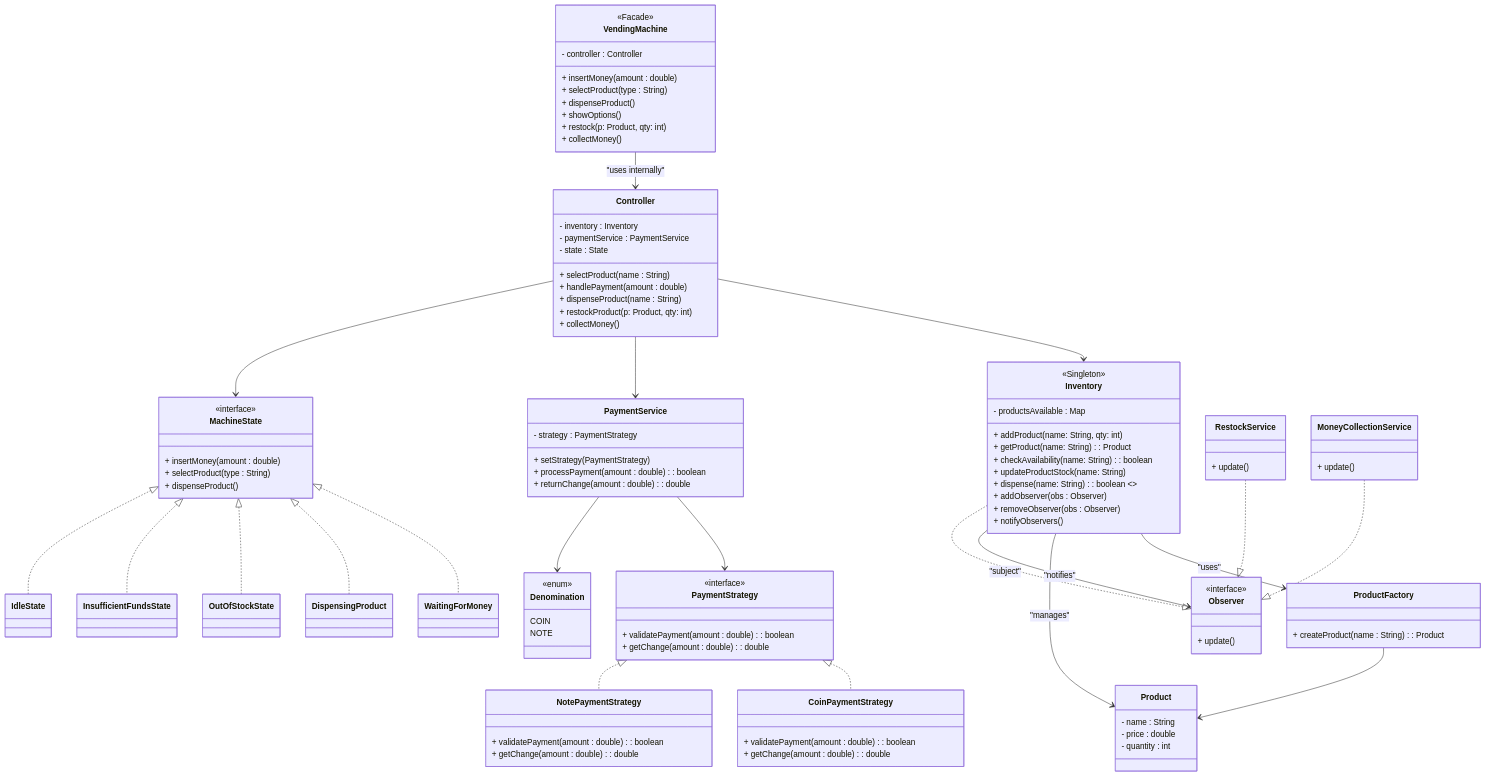
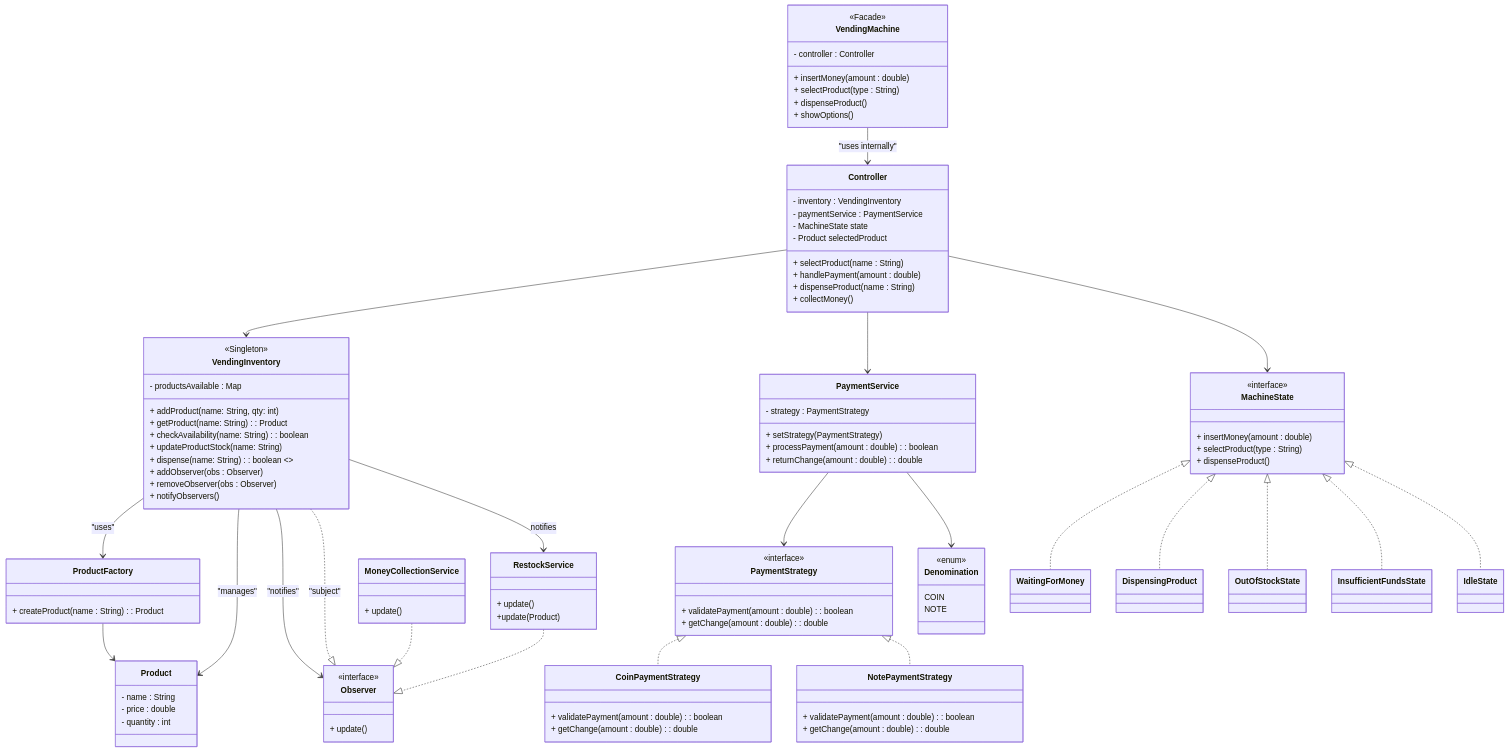
The diagram in code/src/vendingMachine/vendingMachine.md (divyadhimaan/lld-playground), drawn with Mermaid before and after one commit.

Commit message:
Vending Machine: fixed state diagram

````diff
--- a/code/src/vendingMachine/vendingMachine.md
+++ b/code/src/vendingMachine/vendingMachine.md
@@ -97,7 +97,7 @@
     PaymentService --> Denomination
 
 %% === Inventory (Singleton + Thread Safe) ===
-    class Inventory {
+    class VendingInventory {
         <<Singleton>>
         - productsAvailable : Map<String, Product>
         + addProduct(name: String, qty: int)
@@ -110,23 +110,23 @@
         + notifyObservers()
     }
 
-    Inventory --> ProductFactory : "uses"
-    Inventory --> Product : "manages"
-    Inventory --> Observer : "notifies"
+  VendingInventory --> ProductFactory : "uses"
+  VendingInventory --> Product : "manages"
+  VendingInventory --> Observer : "notifies"
 
 %% === Controller (Internal) ===
     class Controller {
-        - inventory : Inventory
+        - inventory : VendingInventory
         - paymentService : PaymentService
-        - state : State
+        - MachineState state
+        - Product selectedProduct
         + selectProduct(name : String)
         + handlePayment(amount : double)
         + dispenseProduct(name : String)
-        + restockProduct(p: Product, qty: int)
         + collectMoney()
     }
 
-    Controller --> Inventory
+    Controller --> VendingInventory
     Controller --> PaymentService
     Controller --> MachineState
 
@@ -138,8 +138,6 @@
         + selectProduct(type : String)
         + dispenseProduct()
         + showOptions()
-        + restock(p: Product, qty: int)
-        + collectMoney()
     }
 
     VendingMachine --> Controller : "uses internally"
@@ -158,7 +156,7 @@
         + update()
     }
 
-    Inventory ..|> Observer : "subject"
+  VendingInventory ..|> Observer : "subject"
     RestockService ..|> Observer
     MoneyCollectionService ..|> Observer
 
@@ -176,10 +174,15 @@
     class InsufficientFundsState
     class IdleState
 
+  class RestockService {
+    +update(Product)
+  }
+
   MachineState <|.. WaitingForMoney
   MachineState <|.. DispensingProduct
   MachineState <|.. OutOfStockState
   MachineState <|.. InsufficientFundsState
   MachineState <|.. IdleState
+  VendingInventory --> RestockService : notifies
 
 ```
````
